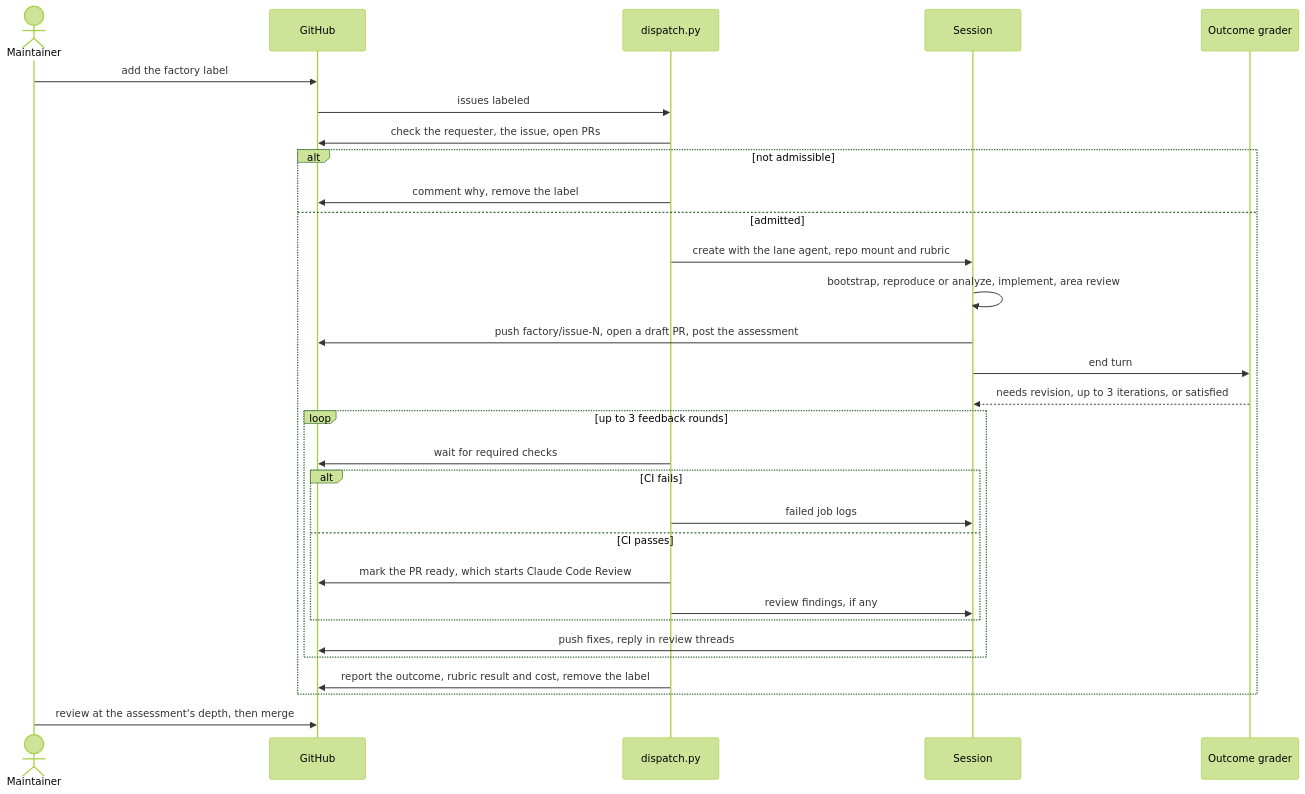
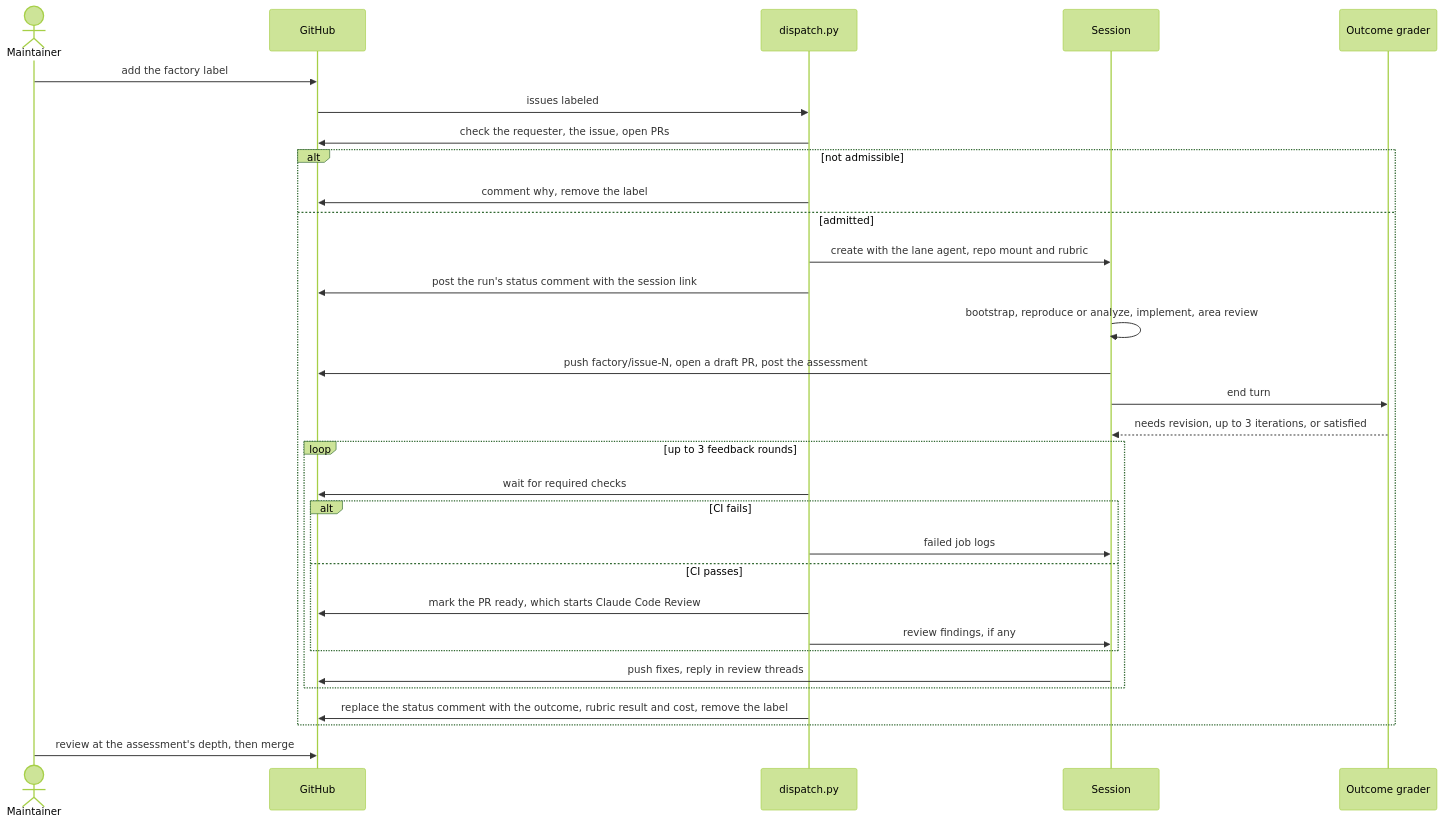
One commit to Arize-ai/phoenix changed the second of 4 diagrams in factory/README.md. Above: the diagram before and after it, drawn with Mermaid (forest theme). The commit also changed other lines of this file and 5 other files, not shown here.

First line of the commit message:
feat(factory): one status comment per run and a compact review scorecard (#17542)

````diff
--- a/factory/README.md
+++ b/factory/README.md
@@ -60,33 +60,34 @@
 ```mermaid
 sequenceDiagram
   actor maintainer as Maintainer
   participant github as GitHub
   participant dispatch as dispatch.py
   participant session as Session
   participant grader as Outcome grader
 
   maintainer->>github: add the factory label
   github->>dispatch: issues labeled
   dispatch->>github: check the requester, the issue, open PRs
   alt not admissible
     dispatch->>github: comment why, remove the label
   else admitted
     dispatch->>session: create with the lane agent, repo mount and rubric
+    dispatch->>github: post the run's status comment with the session link
     session->>session: bootstrap, reproduce or analyze, implement, area review
     session->>github: push factory/issue-N, open a draft PR, post the assessment
     session->>grader: end turn
     grader-->>session: needs revision, up to 3 iterations, or satisfied
     loop up to 3 feedback rounds
       dispatch->>github: wait for required checks
       alt CI fails
         dispatch->>session: failed job logs
       else CI passes
         dispatch->>github: mark the PR ready, which starts Claude Code Review
         dispatch->>session: review findings, if any
       end
       session->>github: push fixes, reply in review threads
     end
-    dispatch->>github: report the outcome, rubric result and cost, remove the label
+    dispatch->>github: replace the status comment with the outcome, rubric result and cost, remove the label
   end
   maintainer->>github: review at the assessment's depth, then merge
 ```
````
